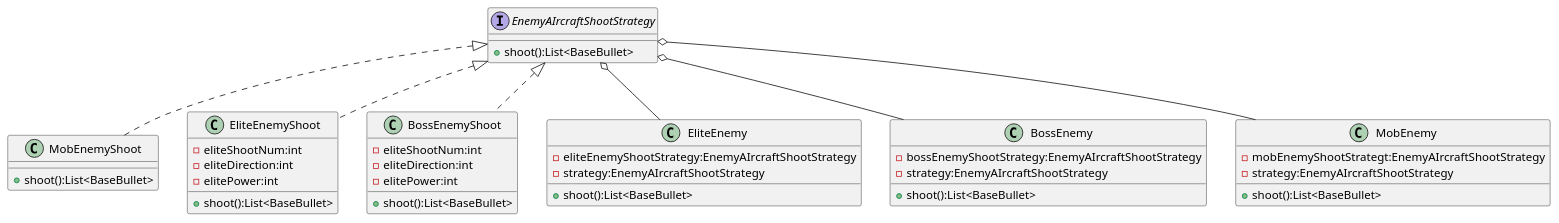
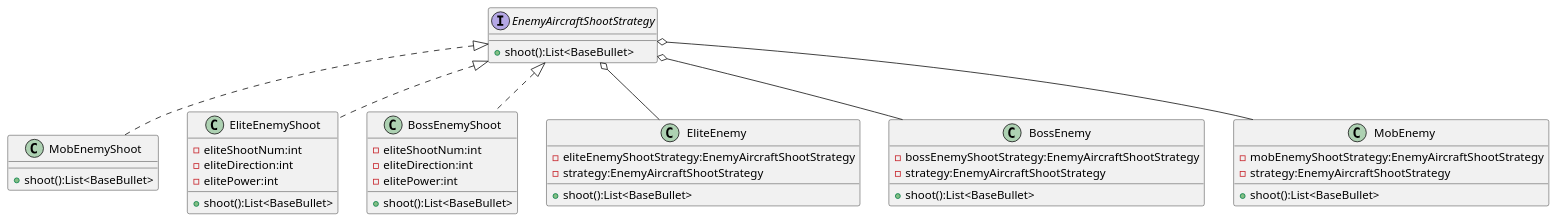
One commit to violence-max/GameAircraft changed the diagram in uml/EnemyAIrcraftShootStrategy.puml. Above: the diagram before and after it, drawn with PlantUML. The commit also changed 16 other files, not shown here.

Commit message:
refactor:重写了单例模式、工厂模式、策略模式和数据访问对象模式的类图，新增了观察者模式和模板方法模式的类图

```diff
--- a/uml/EnemyAIrcraftShootStrategy.puml
+++ b/uml/EnemyAIrcraftShootStrategy.puml
@@ -1,52 +1,52 @@
 @startuml
 'https://plantuml.com/class-diagram
 
-interface EnemyAIrcraftShootStrategy{
+interface EnemyAircraftShootStrategy{
     + shoot():List<BaseBullet>
 }
 
 class MobEnemyShoot{
     + shoot():List<BaseBullet>
 }
 
 class EliteEnemyShoot{
     - eliteShootNum:int
     - eliteDirection:int
     - elitePower:int
     + shoot():List<BaseBullet>
 }
 
 class BossEnemyShoot{
     - eliteShootNum:int
     - eliteDirection:int
     - elitePower:int
     + shoot():List<BaseBullet>
 }
 
 class EliteEnemy{
-    - eliteEnemyShootStrategy:EnemyAIrcraftShootStrategy
-    - strategy:EnemyAIrcraftShootStrategy
+    - eliteEnemyShootStrategy:EnemyAircraftShootStrategy
+    - strategy:EnemyAircraftShootStrategy
     + shoot():List<BaseBullet>
 }
 
 class BossEnemy{
-    - bossEnemyShootStrategy:EnemyAIrcraftShootStrategy
-    - strategy:EnemyAIrcraftShootStrategy
+    - bossEnemyShootStrategy:EnemyAircraftShootStrategy
+    - strategy:EnemyAircraftShootStrategy
     + shoot():List<BaseBullet>
 }
 
 class MobEnemy{
-    - mobEnemyShootStrategt:EnemyAIrcraftShootStrategy
-    - strategy:EnemyAIrcraftShootStrategy
+    - mobEnemyShootStrategy:EnemyAircraftShootStrategy
+    - strategy:EnemyAircraftShootStrategy
     + shoot():List<BaseBullet>
 }
 
-EnemyAIrcraftShootStrategy <|.. BossEnemyShoot
-EnemyAIrcraftShootStrategy <|.. EliteEnemyShoot
-EnemyAIrcraftShootStrategy <|.. MobEnemyShoot
+EnemyAircraftShootStrategy <|.. BossEnemyShoot
+EnemyAircraftShootStrategy <|.. EliteEnemyShoot
+EnemyAircraftShootStrategy <|.. MobEnemyShoot
 
 
-EnemyAIrcraftShootStrategy o-- EliteEnemy
-EnemyAIrcraftShootStrategy o-- BossEnemy
-EnemyAIrcraftShootStrategy o-- MobEnemy
+EnemyAircraftShootStrategy o-- EliteEnemy
+EnemyAircraftShootStrategy o-- BossEnemy
+EnemyAircraftShootStrategy o-- MobEnemy
 @enduml
```
